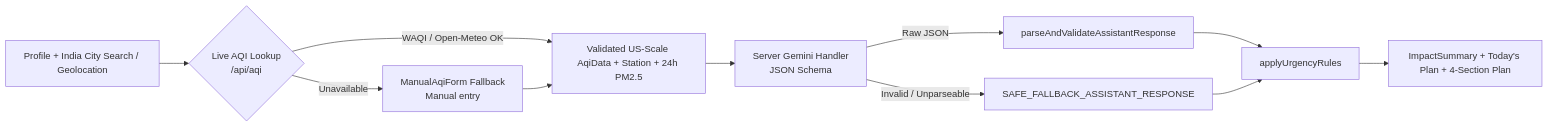
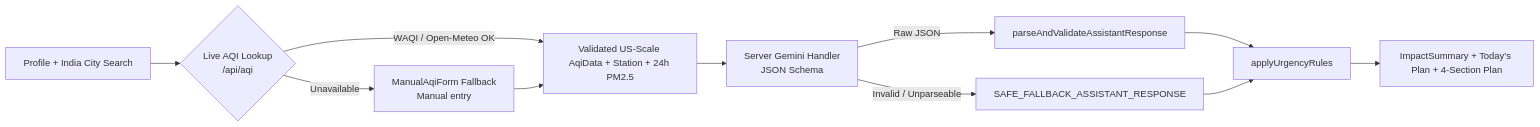
Before and after one commit to Abhinay2244/urban-air-quality-assistant: the diagram in README.md, drawn with Mermaid. The commit also changed other lines of this file and 23 other files, not shown here.

First line of the commit message:
feat: remove geolocation-based air quality lookup

````diff
--- a/README.md
+++ b/README.md
@@ -16,13 +16,13 @@
 ```mermaid
 flowchart LR
-  A[Profile + India City Search / Geolocation] --> B{Live AQI Lookup<br/>/api/aqi}
+  A[Profile + India City Search] --> B{Live AQI Lookup<br/>/api/aqi}
   B -->|WAQI / Open-Meteo OK| D[Validated US-Scale AqiData + Station + 24h PM2.5]
   B -->|Unavailable| C[ManualAqiForm Fallback<br/>Manual entry]
   C --> D
   D --> E[Server Gemini Handler<br/>JSON Schema]
   E -->|Raw JSON| F[parseAndValidateAssistantResponse]
   E -->|Invalid / Unparseable| G[SAFE_FALLBACK_ASSISTANT_RESPONSE]
   F --> H[applyUrgencyRules]
   G --> H
   H --> I[ImpactSummary + Today's Plan + 4-Section Plan]
 ```
````
